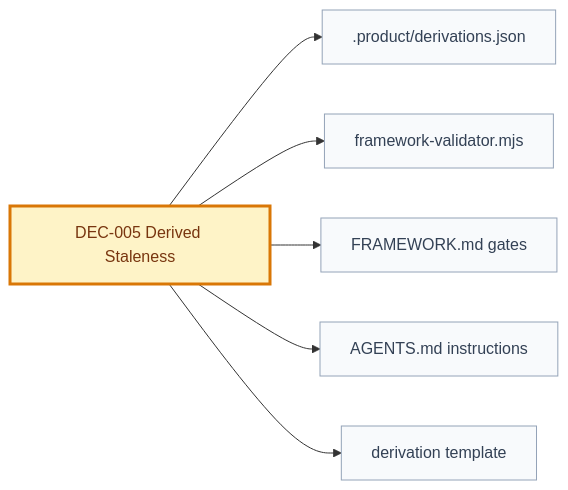
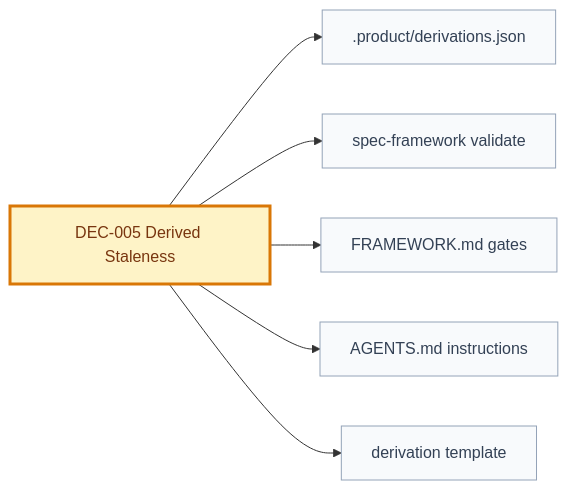
One commit to JonatasFreireDev/spec-framework changed the diagram in examples/events/knowledge/decisions/DEC-005-derived-staleness.md. Above: the diagram before and after it, drawn with Mermaid. The commit also changed other lines of this file and 71 other files, not shown here.

````diff
--- a/examples/events/knowledge/decisions/DEC-005-derived-staleness.md
+++ b/examples/events/knowledge/decisions/DEC-005-derived-staleness.md
@@ -46,16 +46,16 @@
 ```mermaid
 flowchart LR
   D["DEC-005 Derived Staleness"] --> I[".product/derivations.json"]
-  D --> V["framework-validator.mjs"]
+  D --> V["spec-framework validate"]
   D --> F["FRAMEWORK.md gates"]
   D --> A["AGENTS.md instructions"]
   D --> T["derivation template"]
 
   classDef done fill:#dcfce7,stroke:#16a34a,color:#14532d;
   classDef current fill:#fef3c7,stroke:#d97706,color:#78350f,stroke-width:3px;
   classDef pending fill:#f8fafc,stroke:#94a3b8,color:#334155;
   classDef blocked fill:#fee2e2,stroke:#dc2626,color:#7f1d1d;
 
   class D current;
   class I,V,F,A,T pending;
 ```
````
